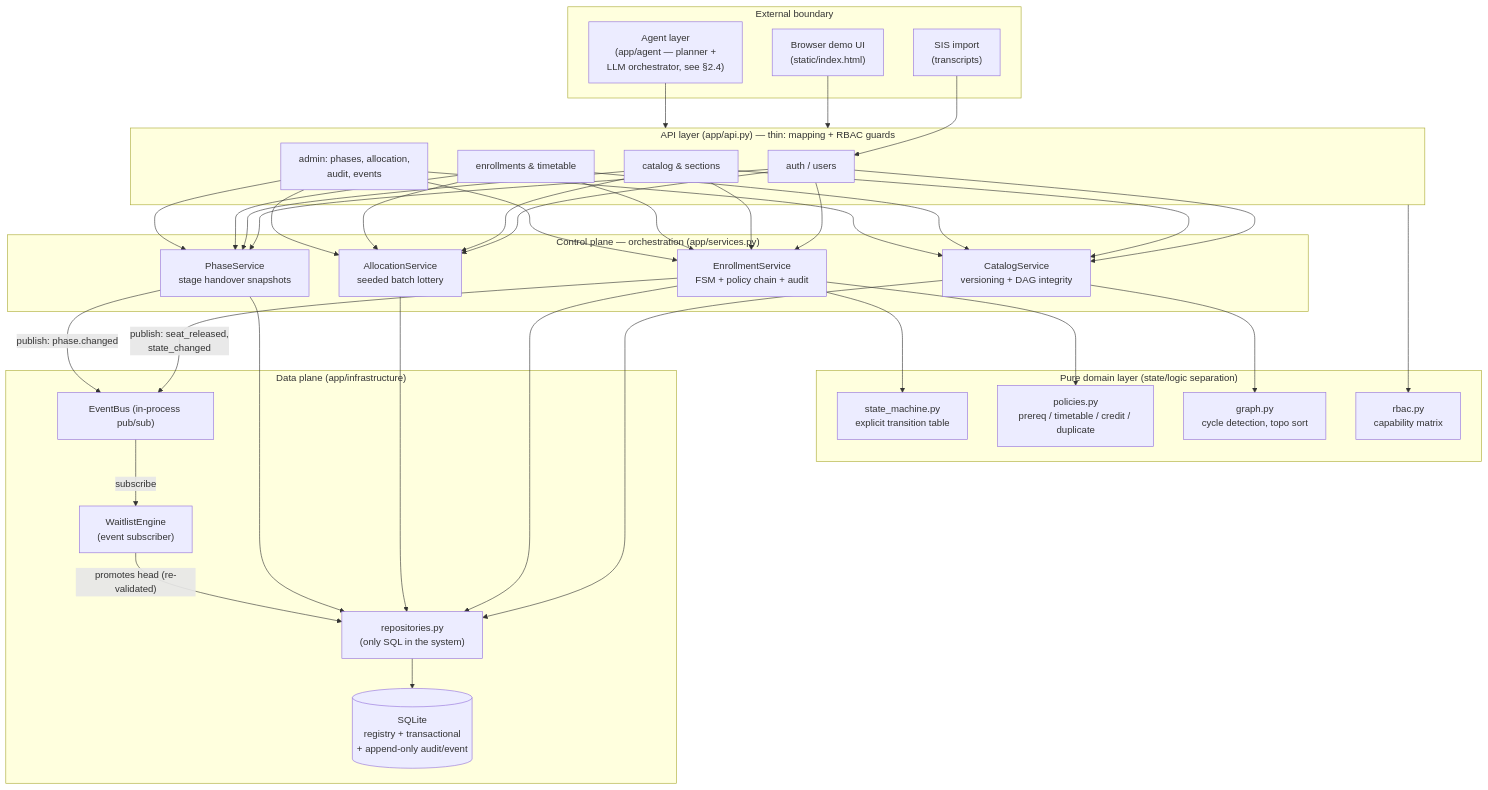
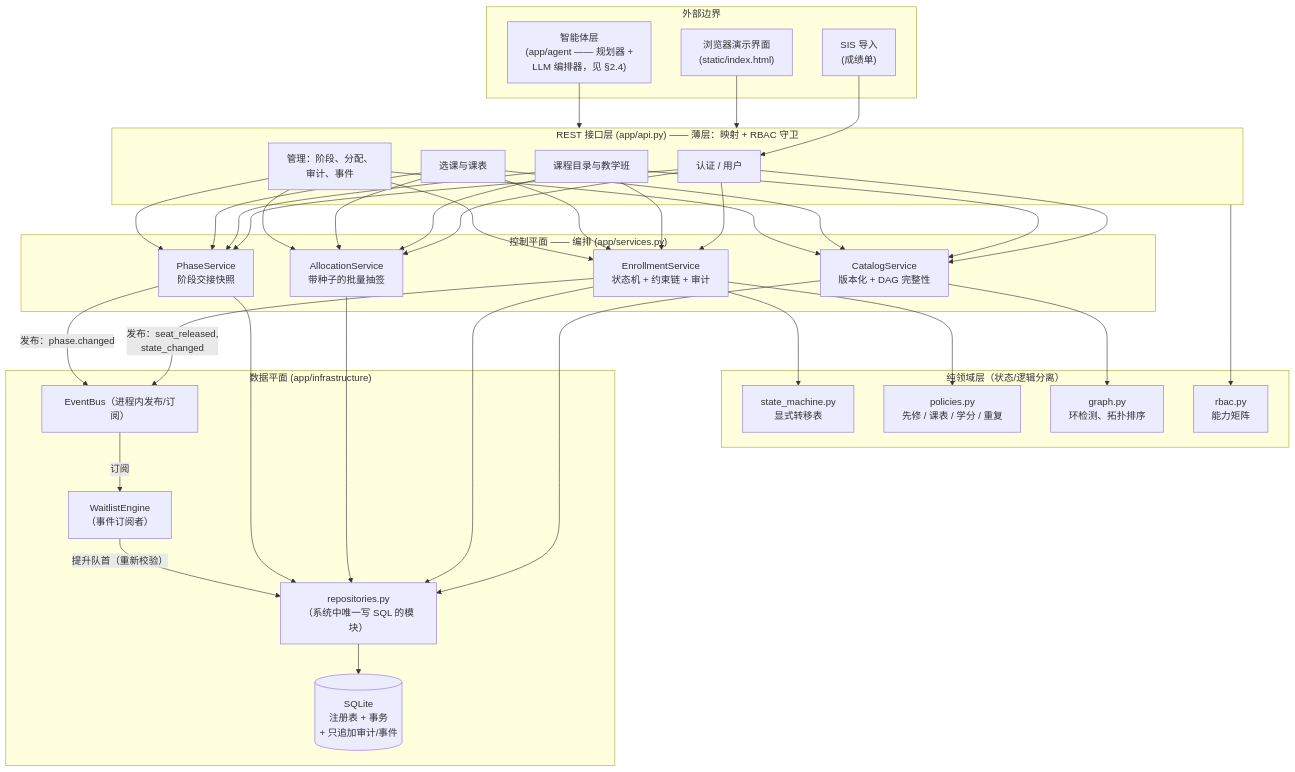
Before and after one commit to yuedu16night/courseflow: the first of 6 diagrams in docs/report.md, drawn with Mermaid. The commit also changed other lines of this file and 6 other files, not shown here.

````diff
--- a/docs/report.md
+++ b/docs/report.md
@@ -107,51 +45,51 @@
 ```mermaid
 flowchart TB
-    subgraph Clients["External boundary"]
-        UI["Browser demo UI<br/>(static/index.html)"]
-        AGENT["Agent layer<br/>(app/agent — planner +<br/>LLM orchestrator, see §2.4)"]
-        SIS["SIS import<br/>(transcripts)"]
+    subgraph Clients["外部边界"]
+        UI["浏览器演示界面<br/>(static/index.html)"]
+        AGENT["智能体层<br/>(app/agent —— 规划器 +<br/>LLM 编排器，见 §2.4)"]
+        SIS["SIS 导入<br/>(成绩单)"]
     end
 
-    subgraph API["API layer (app/api.py) — thin: mapping + RBAC guards"]
-        R1["auth / users"]
-        R2["catalog & sections"]
-        R3["enrollments & timetable"]
-        R4["admin: phases, allocation,<br/>audit, events"]
+    subgraph API["REST 接口层 (app/api.py) —— 薄层：映射 + RBAC 守卫"]
+        R1["认证 / 用户"]
+        R2["课程目录与教学班"]
+        R3["选课与课表"]
+        R4["管理：阶段、分配、<br/>审计、事件"]
     end
 
-    subgraph Services["Control plane — orchestration (app/services.py)"]
-        CAT["CatalogService<br/>versioning + DAG integrity"]
-        ENR["EnrollmentService<br/>FSM + policy chain + audit"]
-        ALLOC["AllocationService<br/>seeded batch lottery"]
-        PH["PhaseService<br/>stage handover snapshots"]
+    subgraph Services["控制平面 —— 编排 (app/services.py)"]
+        CAT["CatalogService<br/>版本化 + DAG 完整性"]
+        ENR["EnrollmentService<br/>状态机 + 约束链 + 审计"]
+        ALLOC["AllocationService<br/>带种子的批量抽签"]
+        PH["PhaseService<br/>阶段交接快照"]
     end
 
-    subgraph Domain["Pure domain layer (state/logic separation)"]
-        FSM["state_machine.py<br/>explicit transition table"]
-        POL["policies.py<br/>prereq / timetable / credit / duplicate"]
-        GR["graph.py<br/>cycle detection, topo sort"]
-        RBAC["rbac.py<br/>capability matrix"]
+    subgraph Domain["纯领域层（状态/逻辑分离）"]
+        FSM["state_machine.py<br/>显式转移表"]
+        POL["policies.py<br/>先修 / 课表 / 学分 / 重复"]
+        GR["graph.py<br/>环检测、拓扑排序"]
+        RBAC["rbac.py<br/>能力矩阵"]
     end
 
-    subgraph Infra["Data plane (app/infrastructure)"]
-        BUS["EventBus (in-process pub/sub)"]
-        WL["WaitlistEngine<br/>(event subscriber)"]
-        REPO["repositories.py<br/>(only SQL in the system)"]
-        DB[("SQLite<br/>registry + transactional<br/>+ append-only audit/event")]
+    subgraph Infra["数据平面 (app/infrastructure)"]
+        BUS["EventBus（进程内发布/订阅）"]
+        WL["WaitlistEngine<br/>（事件订阅者）"]
+        REPO["repositories.py<br/>（系统中唯一写 SQL 的模块）"]
+        DB[("SQLite<br/>注册表 + 事务<br/>+ 只追加审计/事件")]
     end
 
     UI --> API
     AGENT --> API
     SIS --> R1
     R1 & R2 & R3 & R4 --> CAT & ENR & ALLOC & PH
     ENR --> FSM
     ENR --> POL
     CAT --> GR
     API --> RBAC
     CAT & ENR & ALLOC & PH --> REPO
     REPO --> DB
-    ENR -- "publish: seat_released,<br/>state_changed" --> BUS
-    BUS -- "subscribe" --> WL
-    WL -- "promotes head (re-validated)" --> REPO
-    PH -- "publish: phase.changed" --> BUS
+    ENR -- "发布：seat_released,<br/>state_changed" --> BUS
+    BUS -- "订阅" --> WL
+    WL -- "提升队首（重新校验）" --> REPO
+    PH -- "发布：phase.changed" --> BUS
 ```
````
